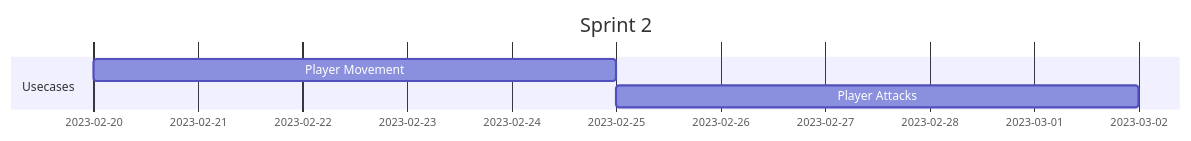
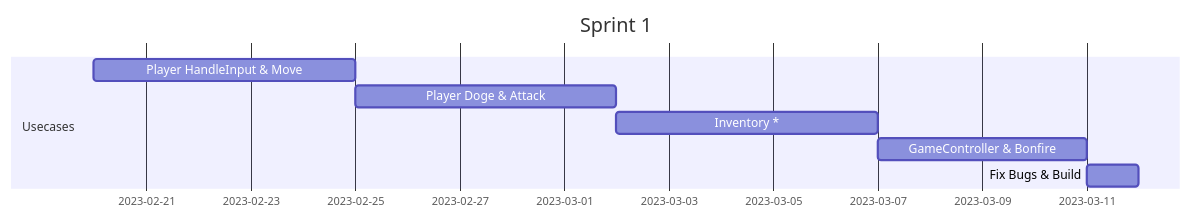
One commit to PausedMagician/Knight-Crawler changed the third of 6 diagrams in README.md. Above: the diagram before and after it, drawn with Mermaid. The commit also changed other lines of this file and 2 other files, not shown here.

Commit message:
Readme and Diagrams

````diff
--- a/README.md
+++ b/README.md
@@ -24,10 +25,13 @@
 ```mermaid
 gantt
     dateFormat  DD-MM-YYYY
-    title       Sprint 2
-    %% 25 days in total
+    title       Sprint 1
+    %% 20 days in total
 
     section Usecases
-    Player Movement             :           PM, 2023-02-20, 5d
-    Player Attacks              :           PA, after PM, 5d
+    Player HandleInput & Move   :           PM, 2023-02-20, 5d
+    Player Doge & Attack        :           PA, after PM, 5d
+    Inventory *                 :           INV, after PA, 5d
+    GameController & Bonfire    :           GCB, after INV, 4d
+    Fix Bugs & Build            :           after GCB, 1d
 ```
````
